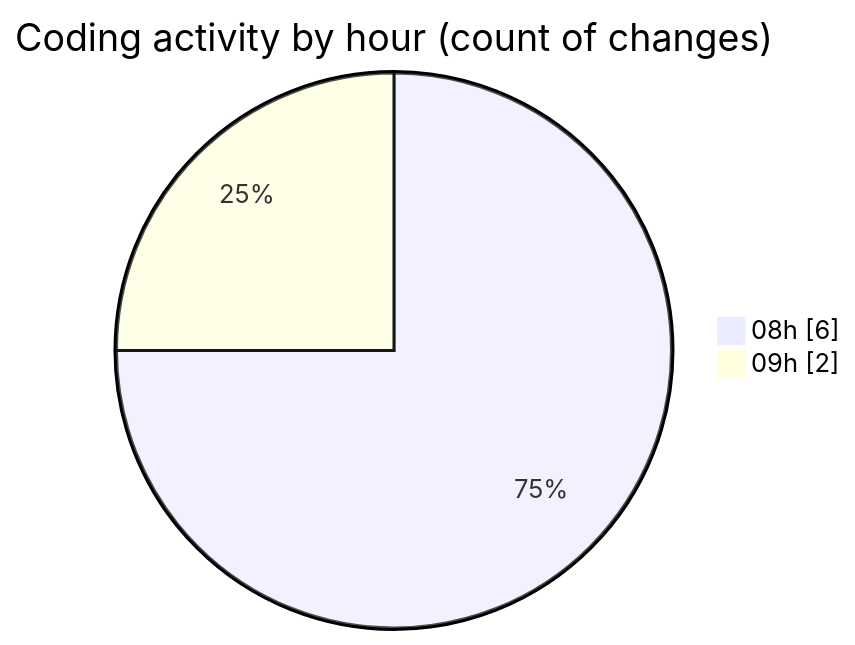
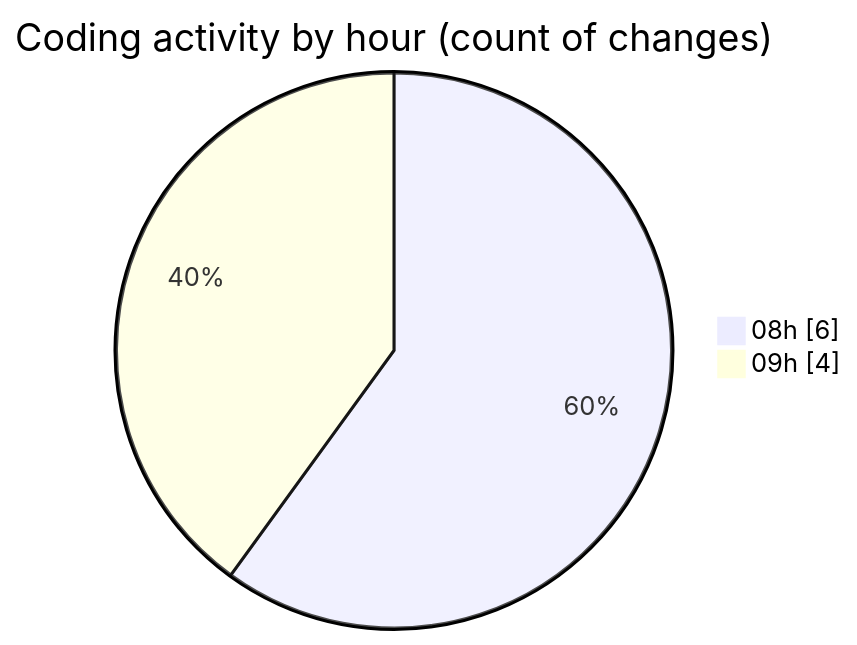
One commit to vahidmafi/code-tracking changed the second of 2 diagrams in 2025-04-11/zeytoon/README.md. Above: the diagram before and after it, drawn with Mermaid. The commit also changed other lines of this file and 1 other file, not shown here.

````diff
--- a/2025-04-11/zeytoon/README.md
+++ b/2025-04-11/zeytoon/README.md
@@ -32,6 +32,6 @@
 ```mermaid
 pie showData
 title Coding activity by hour (count of changes)
 "08h" : 6
-"09h" : 2
+"09h" : 4
 ```
````
